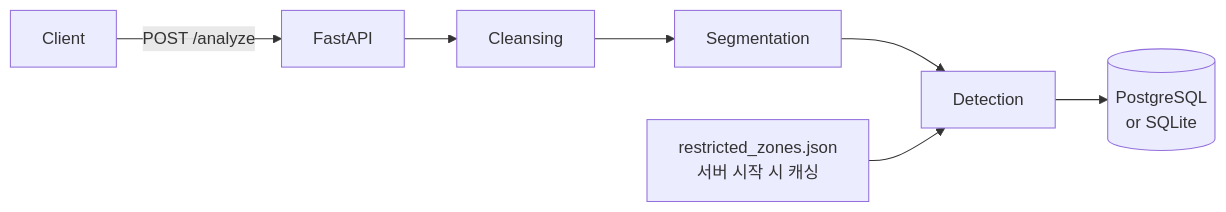
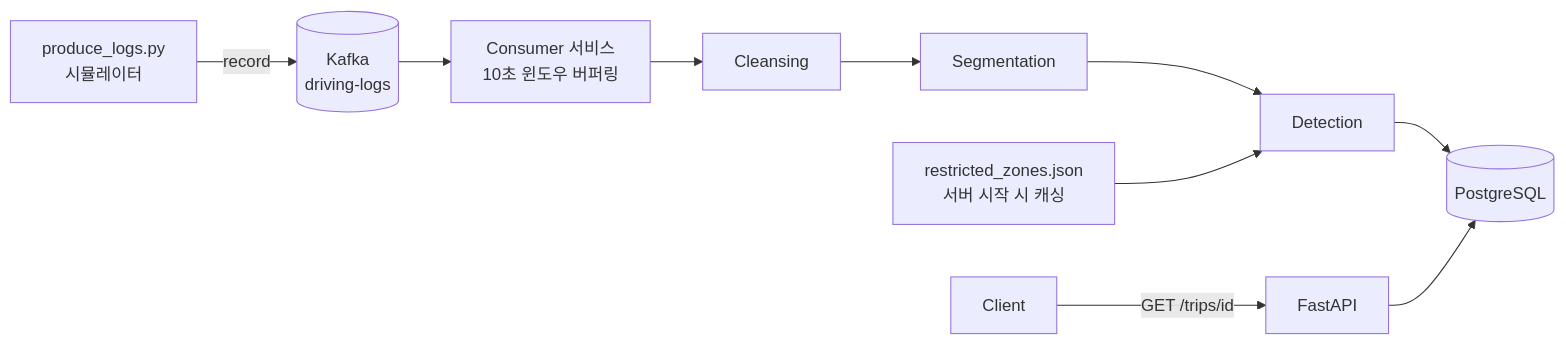
Before and after one commit to godkor200/driving-log: the diagram in README.md, drawn with Mermaid. The commit also changed other lines of this file and 1 other file, not shown here.

Commit message:
docs: update README and env example for Kafka streaming

````diff
--- a/README.md
+++ b/README.md
@@ -7,9 +7,10 @@
 ```mermaid
 flowchart LR
-    Client -->|POST /analyze| API[FastAPI]
-    API --> Cleansing
-    Cleansing --> Segmentation
-    Segmentation --> Detection
-    Detection --> DB[(PostgreSQL\nor SQLite)]
+    Producer[produce_logs.py\n시뮬레이터] -->|record| Kafka[(Kafka\ndriving-logs)]
+    Kafka --> Consumer[Consumer 서비스\n10초 윈도우 버퍼링]
+    Consumer --> Cleansing --> Segmentation --> Detection
+    Detection --> DB[(PostgreSQL)]
     ZoneCache[restricted_zones.json\n서버 시작 시 캐싱] --> Detection
+    Client -->|GET /trips/id| API[FastAPI]
+    API --> DB
 ```
````
